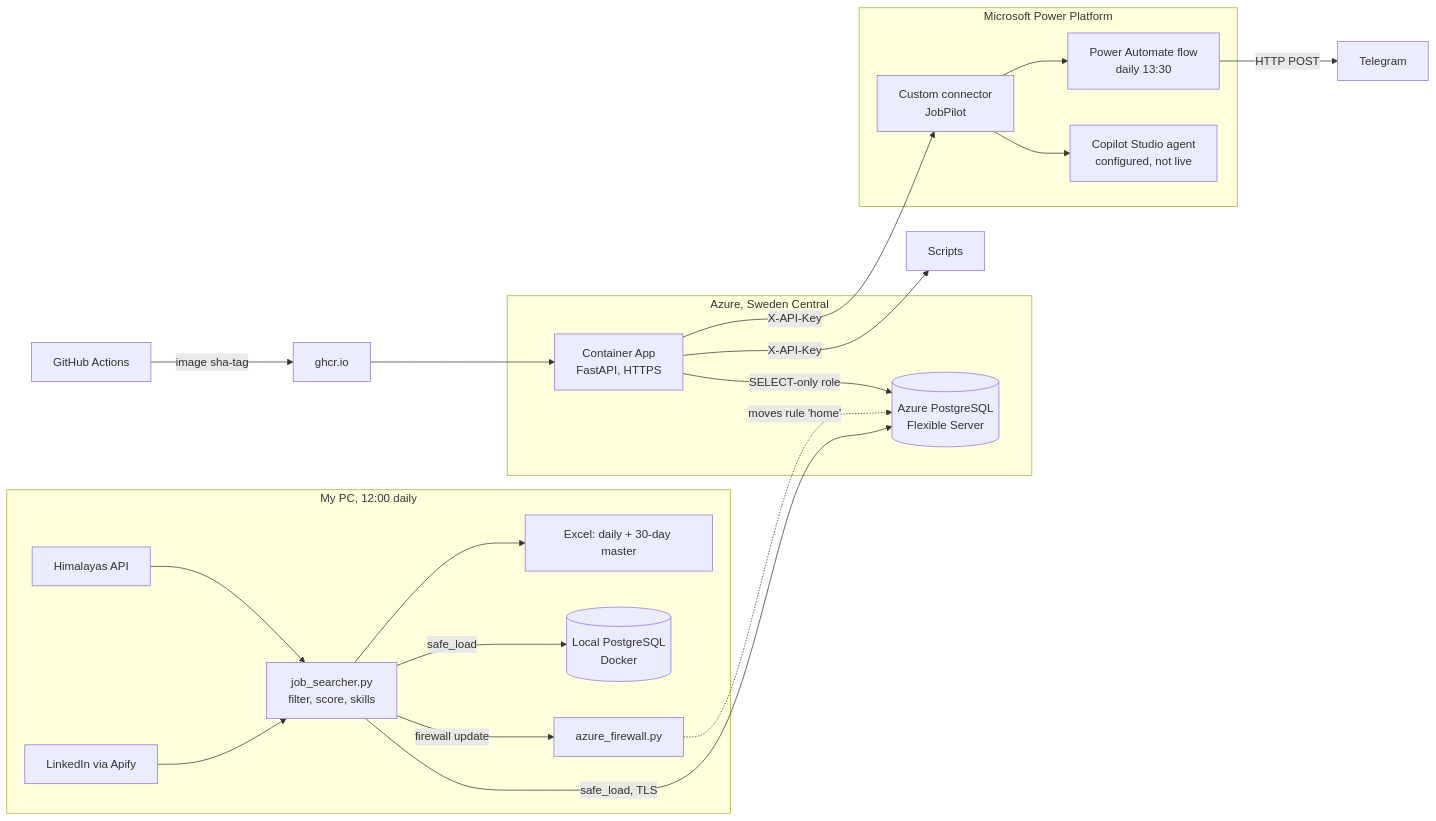
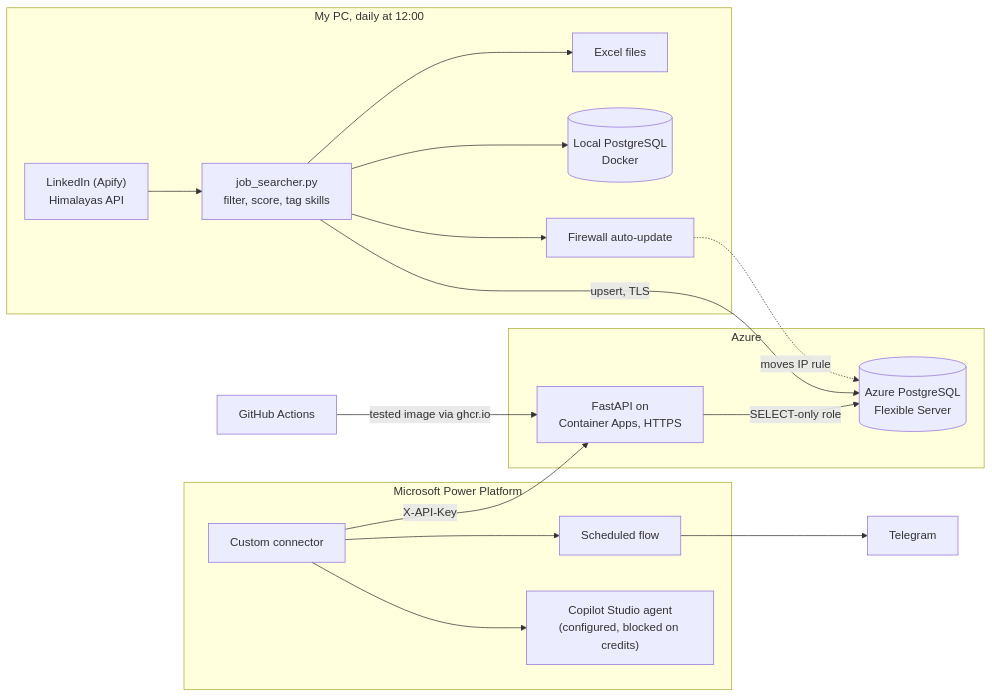
Before and after one commit to kaankababulut/jobpilot: the diagram in README.md, drawn with Mermaid. The commit also changed other lines of this file and 2 other files, not shown here.

````diff
--- a/README.md
+++ b/README.md
@@ -18,26 +21,26 @@
 ```mermaid
 flowchart LR
-    subgraph PC[My PC, 12:00 daily]
-        A[LinkedIn via Apify] --> J[job_searcher.py<br/>filter, score, skills]
-        H[Himalayas API] --> J
-        J --> X[Excel: daily + 30-day master]
-        J -- safe_load --> P[(Local PostgreSQL<br/>Docker)]
-        J -- firewall update --> F[azure_firewall.py]
+    subgraph PC["My PC, daily at 12:00"]
+        SRC["LinkedIn (Apify)<br/>Himalayas API"] --> J["job_searcher.py<br/>filter, score, tag skills"]
+        J --> X["Excel files"]
+        J --> P[("Local PostgreSQL<br/>Docker")]
+        J --> F["Firewall auto-update"]
     end
-    subgraph AZ[Azure, Sweden Central]
-        Z[(Azure PostgreSQL<br/>Flexible Server)]
-        API[Container App<br/>FastAPI, HTTPS]
+    subgraph AZ["Azure"]
+        Z[("Azure PostgreSQL<br/>Flexible Server")]
+        API["FastAPI on<br/>Container Apps, HTTPS"]
     end
-    J -- safe_load, TLS --> Z
-    F -. moves rule 'home' .-> Z
-    API -- SELECT-only role --> Z
-    GH[GitHub Actions] -- image sha-tag --> R[ghcr.io]
-    R --> API
-    API -- X-API-Key --> C[Scripts]
-    subgraph PP[Microsoft Power Platform]
-        CC[Custom connector<br/>JobPilot] --> FL[Power Automate flow<br/>daily 13:30]
-        CC --> AG[Copilot Studio agent<br/>configured, not live]
+    subgraph PP["Microsoft Power Platform"]
+        CC["Custom connector"]
+        FL["Scheduled flow"]
+        AG["Copilot Studio agent<br/>(configured, blocked on credits)"]
     end
-    API -- X-API-Key --> CC
-    FL -- HTTP POST --> TG[Telegram]
+    F -. "moves IP rule" .-> Z
+    J -- "upsert, TLS" --> Z
+    API -- "SELECT-only role" --> Z
+    CC -- "X-API-Key" --> API
+    CC --> FL
+    CC --> AG
+    FL --> TG["Telegram"]
+    GH["GitHub Actions"] -- "tested image via ghcr.io" --> API
 ```
````
